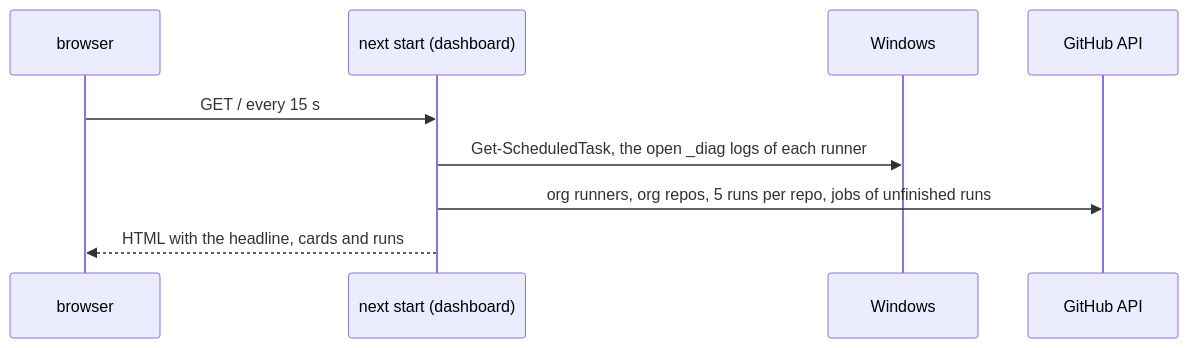
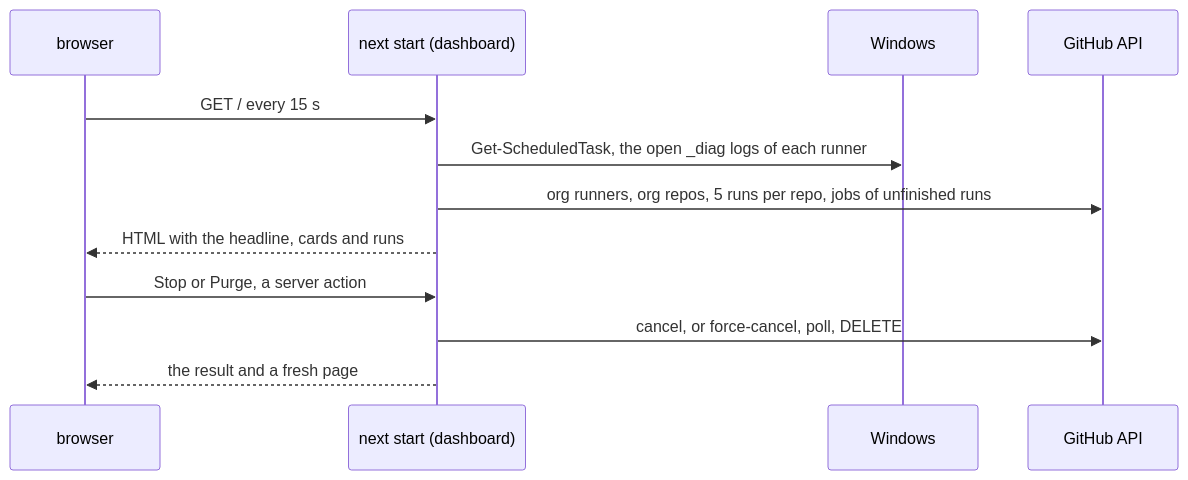
The third of 3 diagrams in docs/architecture.md (workbench-soft/local-ci), drawn with Mermaid before and after one commit. The commit also changed other lines of this file and 5 other files, not shown here.

Commit message:
docs: Stop and Purge on the status page

````diff
--- a/docs/architecture.md
+++ b/docs/architecture.md
@@ -79,11 +83,14 @@
 ```mermaid
 sequenceDiagram
   participant B as browser
   participant N as next start (dashboard)
   participant W as Windows
   participant G as GitHub API
   B->>N: GET / every 15 s
   N->>W: Get-ScheduledTask, the open _diag logs of each runner
   N->>G: org runners, org repos, 5 runs per repo, jobs of unfinished runs
   N-->>B: HTML with the headline, cards and runs
+  B->>N: Stop or Purge, a server action
+  N->>G: cancel, or force-cancel, poll, DELETE
+  N-->>B: the result and a fresh page
 ```
````
